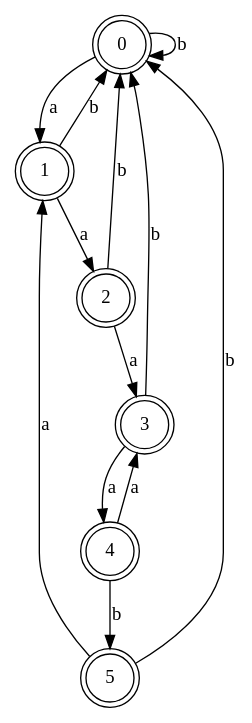
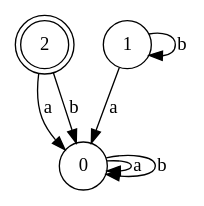
One commit to BilelAvans/FormMeth changed the diagram in Storage/JPEG/test.gv. Above: the diagram before and after it, drawn with Graphviz. The commit also changed 10 other files, not shown here.

```diff
--- a/Storage/JPEG/test.gv
+++ b/Storage/JPEG/test.gv
@@ -1,15 +1,9 @@
 digraph { 
-node [shape = doublecircle]; 0 1 2 3 4 5 node [shape = circle]; 
-0 -> 1 [ label="a", weigth="0.6"]; 
+node [shape = doublecircle]; 2 node [shape = circle]; 
+0 -> 0 [ label="a", weigth="0.6"]; 
 0 -> 0 [ label="b", weigth="0.6"]; 
-1 -> 2 [ label="a", weigth="0.6"]; 
-1 -> 0 [ label="b", weigth="0.6"]; 
-2 -> 3 [ label="a", weigth="0.6"]; 
+1 -> 1 [ label="b", weigth="0.6"]; 
+1 -> 0 [ label="a", weigth="0.6"]; 
+2 -> 0 [ label="a", weigth="0.6"]; 
 2 -> 0 [ label="b", weigth="0.6"]; 
-3 -> 4 [ label="a", weigth="0.6"]; 
-3 -> 0 [ label="b", weigth="0.6"]; 
-4 -> 5 [ label="b", weigth="0.6"]; 
-4 -> 3 [ label="a", weigth="0.6"]; 
-5 -> 1 [ label="a", weigth="0.6"]; 
-5 -> 0 [ label="b", weigth="0.6"]; 
 }
```
